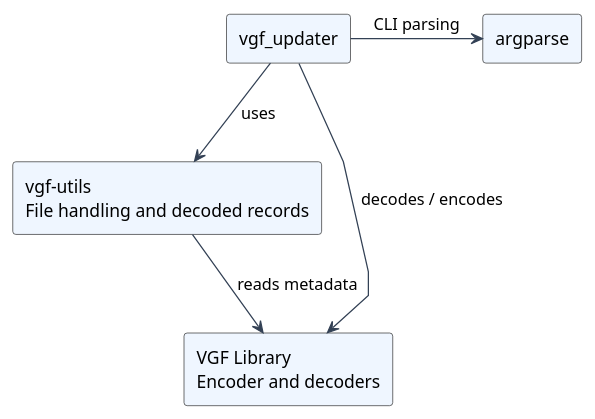
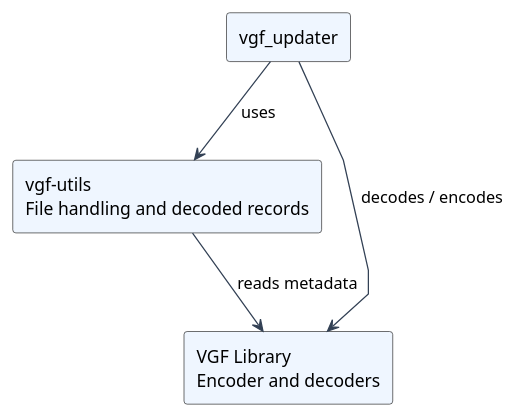
Before and after one commit to arm/ai-ml-sdk-vgf-library: the diagram in docs/source/puml/vgf-updater-components.puml, drawn with PlantUML. The commit also changed 18 other files, not shown here.

```diff
--- a/docs/source/puml/vgf-updater-components.puml
+++ b/docs/source/puml/vgf-updater-components.puml
@@ -1,19 +1,17 @@
 @startuml
 top to bottom direction
 skinparam shadowing false
 skinparam componentStyle rectangle
 skinparam defaultFontName SansSerif
 skinparam ArrowColor #334155
 skinparam componentBackgroundColor #EFF6FF
 skinparam linetype polyline
 
 component "vgf_updater" as updater
-component "argparse" as args
 component "vgf-utils\nFile handling and decoded records" as utils
 component "VGF Library\nEncoder and decoders" as core
 
-updater -right-> args : CLI parsing
 updater -down-> utils : uses
 updater --> core : decodes / encodes
 utils -down-> core : reads metadata
 @enduml
```
